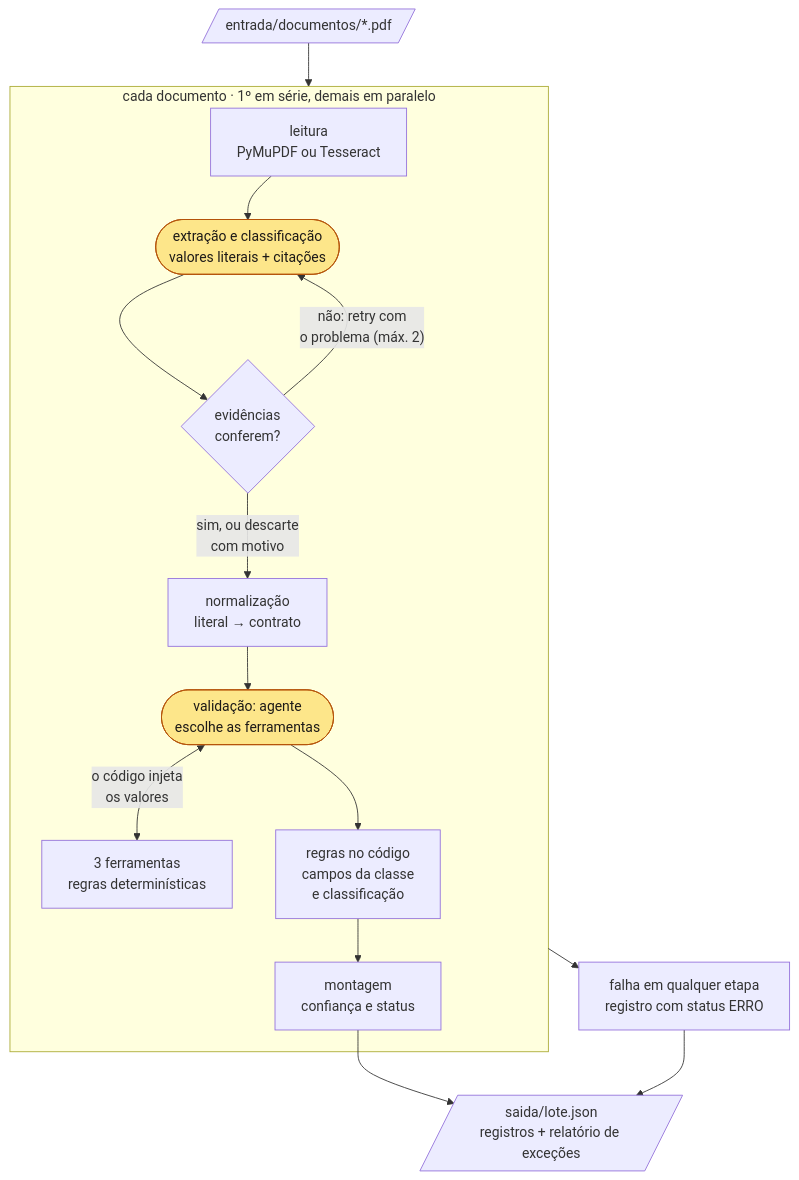
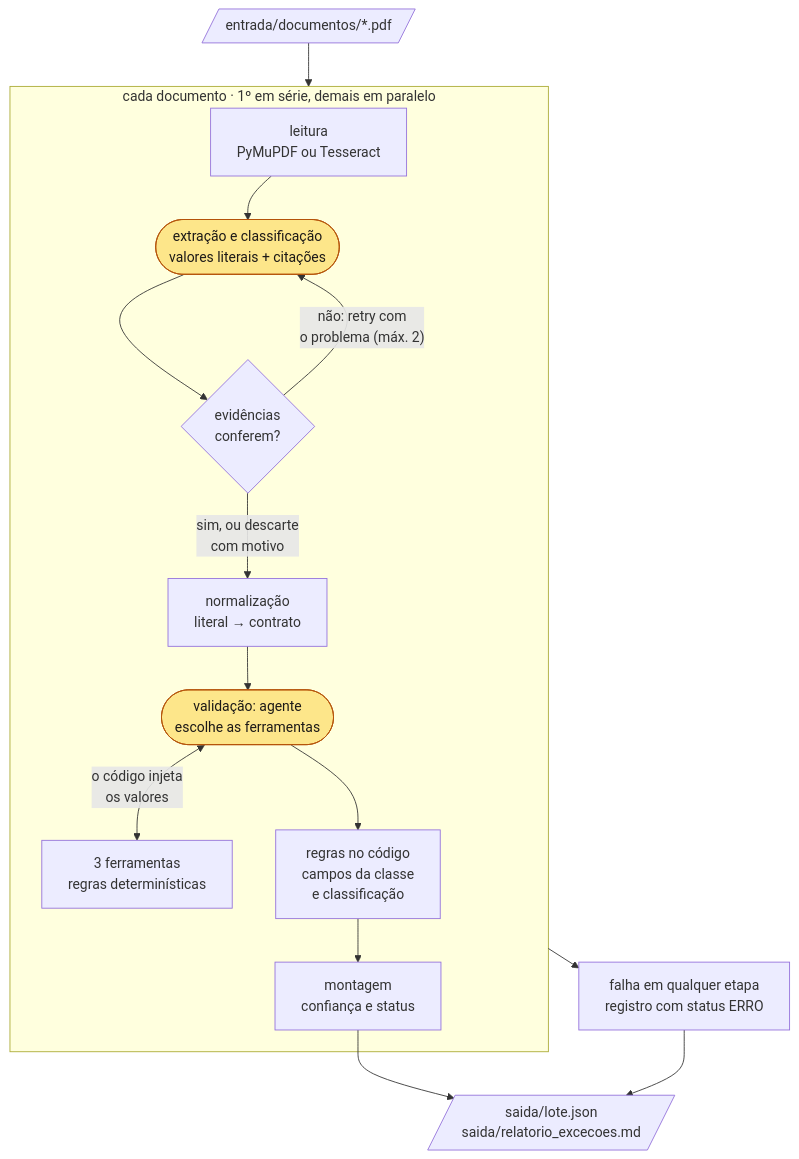
One commit to Thomasmm97/asset-servicing-api changed the diagram in README.md. Above: the diagram before and after it, drawn with Mermaid. The commit also changed other lines of this file and 3 other files, not shown here.

Commit message:
docs: registra a D-32 e descreve o relatório de exceções em tópicos

````diff
--- a/README.md
+++ b/README.md
@@ -77,19 +78,19 @@
 ```mermaid
 flowchart TD
     pdf[/"entrada/documentos/*.pdf"/] --> doc
     subgraph doc ["cada documento · 1º em série, demais em paralelo"]
         leitura["leitura<br/>PyMuPDF ou Tesseract"] --> extracao(["extração e classificação<br/>valores literais + citações"])
         extracao --> evidencias{"evidências<br/>conferem?"}
         evidencias -- "não: retry com<br/>o problema (máx. 2)" --> extracao
         evidencias -- "sim, ou descarte<br/>com motivo" --> normalizacao["normalização<br/>literal → contrato"]
         normalizacao --> validacao(["validação: agente<br/>escolhe as ferramentas"])
         validacao <-->|"o código injeta<br/>os valores"| ferramentas["3 ferramentas<br/>regras determinísticas"]
         validacao --> regras["regras no código<br/>campos da classe<br/>e classificação"]
         regras --> montagem["montagem<br/>confiança e status"]
     end
-    montagem --> lote[/"saida/lote.json<br/>registros + relatório de exceções"/]
+    montagem --> lote[/"saida/lote.json<br/>saida/relatorio_excecoes.md"/]
     doc --> erro["falha em qualquer etapa<br/>registro com status ERRO"] --> lote
 
     classDef llm fill:#fde68a,stroke:#b45309,color:#1c1917
     class extracao,validacao llm
 ```
````
